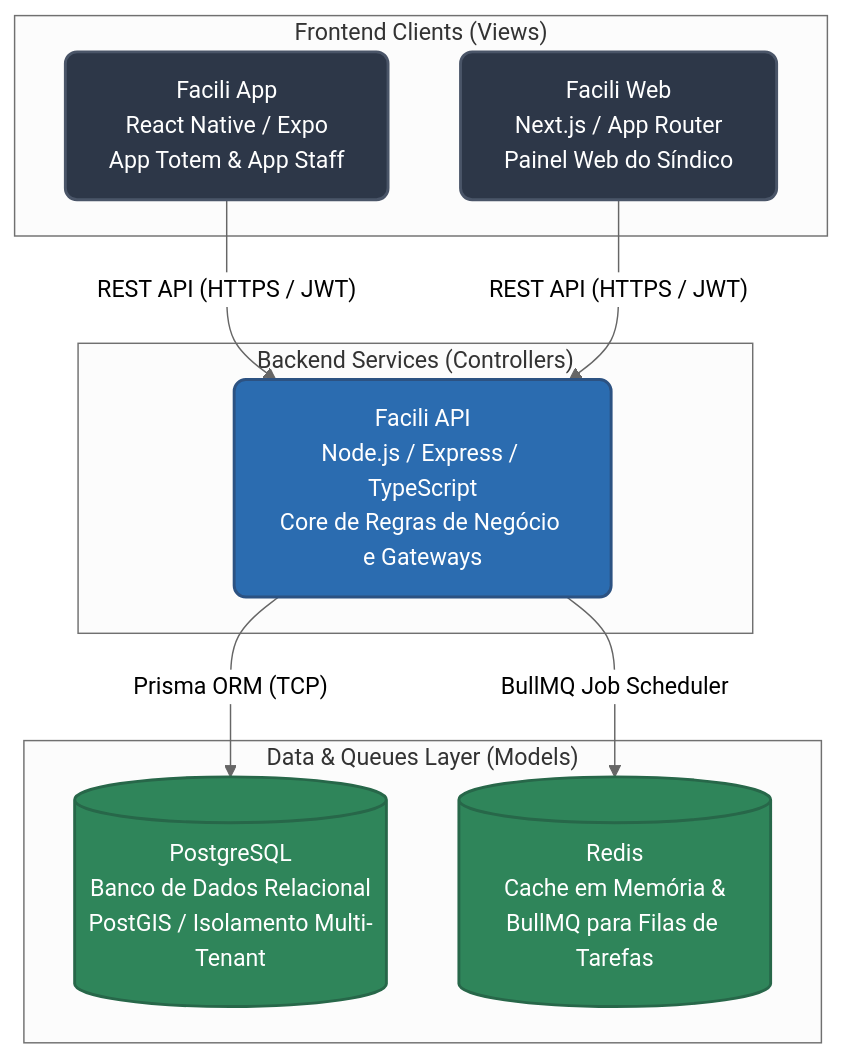
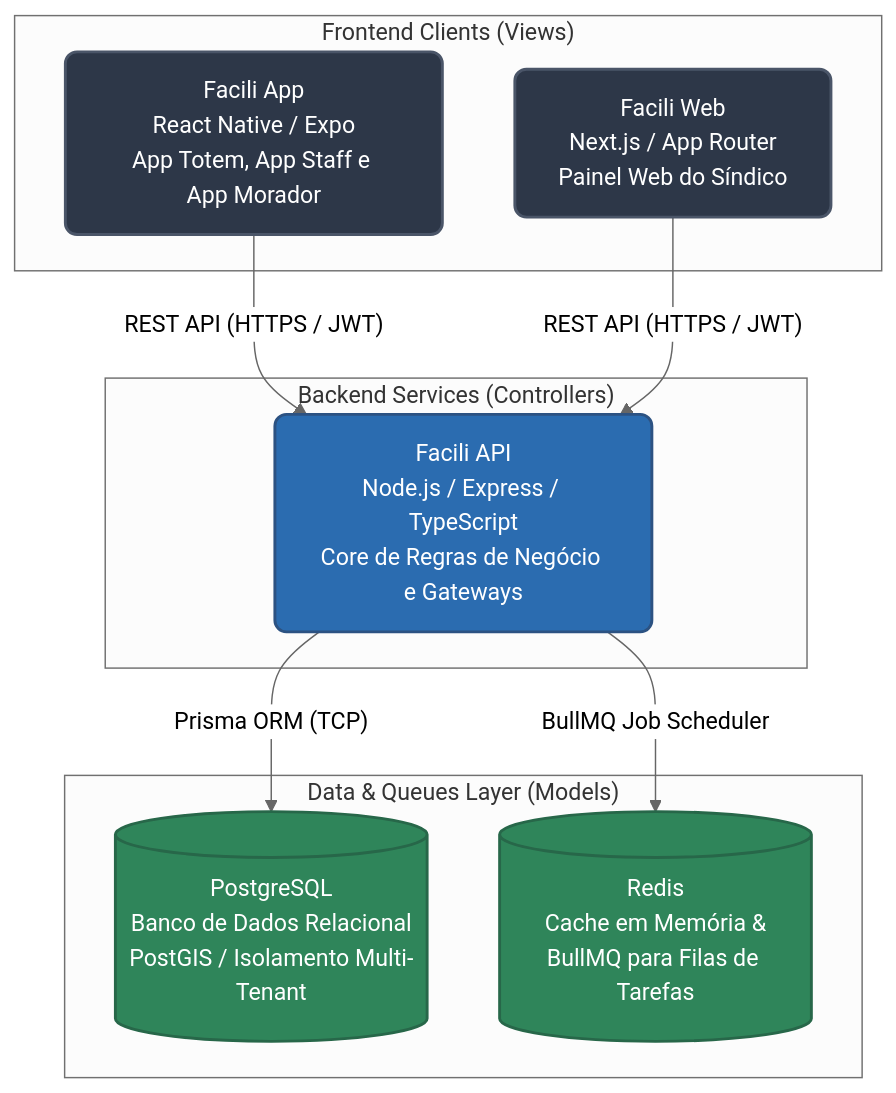
Before and after one commit to ariellucaslf/facilicond: the diagram in README.md, drawn with Mermaid (neutral theme). The commit also changed other lines of this file, not shown here.

Commit message:
docs: update README to reflect product pivot toward financial management and resident app features

````diff
--- a/README.md
+++ b/README.md
@@ -74,28 +68,28 @@
 ```mermaid
 graph TD
     %% Define Styles
     classDef client fill:#2d3748,stroke:#4a5568,stroke-width:2px,color:#fff,rx:8px,ry:8px;
     classDef api fill:#2b6cb0,stroke:#2c5282,stroke-width:2px,color:#fff,rx:8px,ry:8px;
     classDef db fill:#2f855a,stroke:#276749,stroke-width:2px,color:#fff,rx:8px,ry:8px;
     classDef external fill:#c53030,stroke:#9b2c2c,stroke-width:2px,color:#fff,rx:8px,ry:8px;
 
     subgraph "Frontend Clients (Views)"
-        A["Facili App<br/>React Native / Expo<br/>App Totem & App Staff"]:::client
+        A["Facili App<br/>React Native / Expo<br/>App Totem, App Staff e App Morador"]:::client
         B["Facili Web<br/>Next.js / App Router<br/>Painel Web do Síndico"]:::client
     end
 
     subgraph "Backend Services (Controllers)"
         C["Facili API<br/>Node.js / Express / TypeScript<br/>Core de Regras de Negócio e Gateways"]:::api
     end
 
     subgraph "Data & Queues Layer (Models)"
         D[("PostgreSQL<br/>Banco de Dados Relacional<br/>PostGIS / Isolamento Multi-Tenant")]:::db
         E[("Redis<br/>Cache em Memória &<br/>BullMQ para Filas de Tarefas")]:::db
     end
 
     %% Connections
     A -- REST API (HTTPS / JWT) --> C
     B -- REST API (HTTPS / JWT) --> C
     C -- Prisma ORM (TCP) --> D
     C -- BullMQ Job Scheduler --> E
 ```
````
